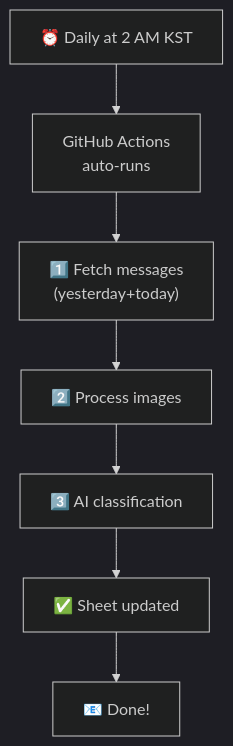
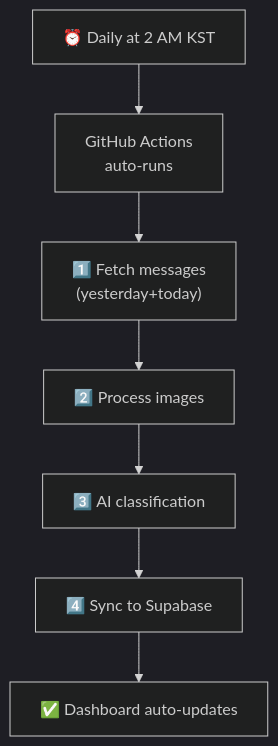
Before and after one commit to chonghlee-cmyk/slack_messages: the seventh of 7 diagrams in ARCHITECTURE.en.md, drawn with Mermaid (dark theme). The commit also changed other lines of this file and 1 other file, not shown here.

````diff
--- a/ARCHITECTURE.en.md
+++ b/ARCHITECTURE.en.md
@@ -181,9 +210,9 @@
 ```mermaid
 flowchart TB
     A["⏰ Daily at 2 AM KST"] --> B["GitHub Actions<br/>auto-runs"]
     B --> C["1️⃣ Fetch messages<br/>(yesterday+today)"]
     C --> D["2️⃣ Process images"]
     D --> E["3️⃣ AI classification"]
-    E --> F["✅ Sheet updated"]
-    F --> G["📧 Done!"]
+    E --> F["4️⃣ Sync to Supabase"]
+    F --> G["✅ Dashboard auto-updates"]
 ```
````
